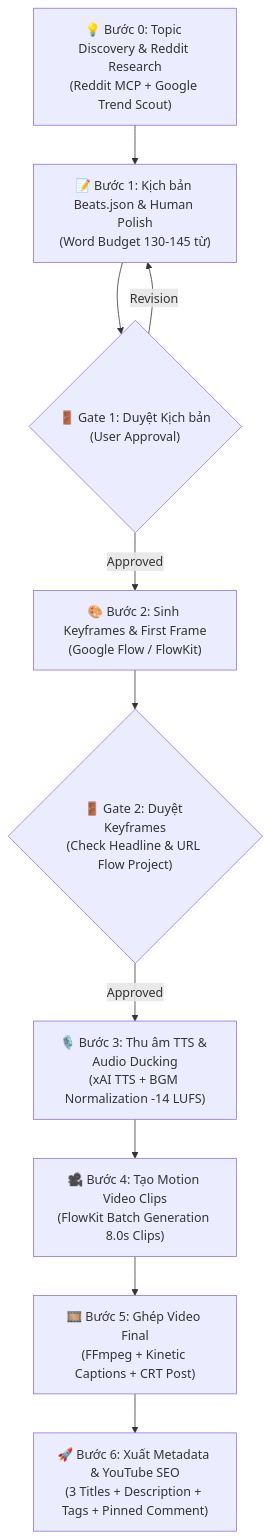
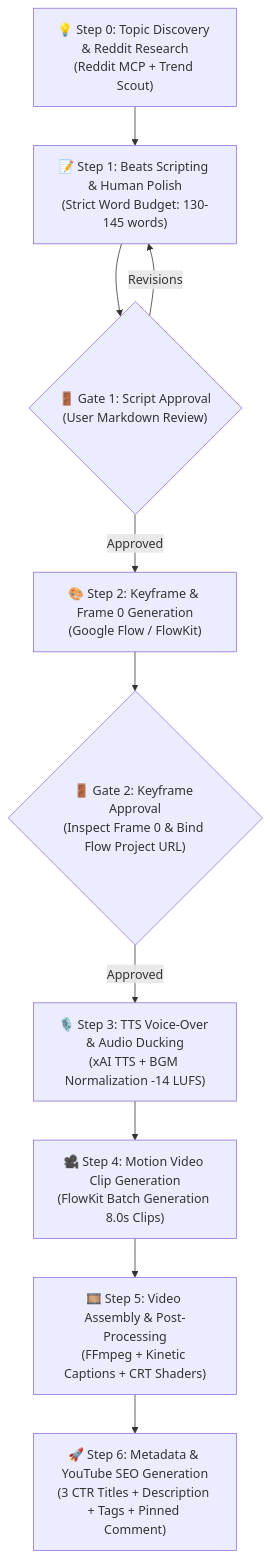
The diagram in README.md (Tung-ht/workflow-automate-video), drawn with Mermaid before and after one commit. The commit also changed other lines of this file and 1 other file, not shown here.

````diff
--- a/README.md
+++ b/README.md
@@ -51,12 +58,12 @@
 ```mermaid
 flowchart TD
-    A["💡 Bước 0: Topic Discovery & Reddit Research<br/>(Reddit MCP + Google Trend Scout)"] --> B["📝 Bước 1: Kịch bản Beats.json & Human Polish<br/>(Word Budget 130-145 từ)"]
-    B --> G1{"🚪 Gate 1: Duyệt Kịch bản<br/>(User Approval)"}
-    G1 -- Approved --> C["🎨 Bước 2: Sinh Keyframes & First Frame<br/>(Google Flow / FlowKit)"]
-    G1 -- Revision --> B
-    C --> G2{"🚪 Gate 2: Duyệt Keyframes<br/>(Check Headline & URL Flow Project)"}
-    G2 -- Approved --> D["🎙️ Bước 3: Thu âm TTS & Audio Ducking<br/>(xAI TTS + BGM Normalization -14 LUFS)"]
-    D --> E["🎥 Bước 4: Tạo Motion Video Clips<br/>(FlowKit Batch Generation 8.0s Clips)"]
-    E --> F["🎞️ Bước 5: Ghép Video Final<br/>(FFmpeg + Kinetic Captions + CRT Post)"]
-    F --> G["🚀 Bước 6: Xuất Metadata & YouTube SEO<br/>(3 Titles + Description + Tags + Pinned Comment)"]
+    A["💡 Step 0: Topic Discovery & Reddit Research<br/>(Reddit MCP + Trend Scout)"] --> B["📝 Step 1: Beats Scripting & Human Polish<br/>(Strict Word Budget: 130-145 words)"]
+    B --> G1{"🚪 Gate 1: Script Approval<br/>(User Markdown Review)"}
+    G1 -- Approved --> C["🎨 Step 2: Keyframe & Frame 0 Generation<br/>(Google Flow / FlowKit)"]
+    G1 -- Revisions --> B
+    C --> G2{"🚪 Gate 2: Keyframe Approval<br/>(Inspect Frame 0 & Bind Flow Project URL)"}
+    G2 -- Approved --> D["🎙️ Step 3: TTS Voice-Over & Audio Ducking<br/>(xAI TTS + BGM Normalization -14 LUFS)"]
+    D --> E["🎥 Step 4: Motion Video Clip Generation<br/>(FlowKit Batch Generation 8.0s Clips)"]
+    E --> F["🎞️ Step 5: Video Assembly & Post-Processing<br/>(FFmpeg + Kinetic Captions + CRT Shaders)"]
+    F --> G["🚀 Step 6: Metadata & YouTube SEO Generation<br/>(3 CTR Titles + Description + Tags + Pinned Comment)"]
 ```
````
